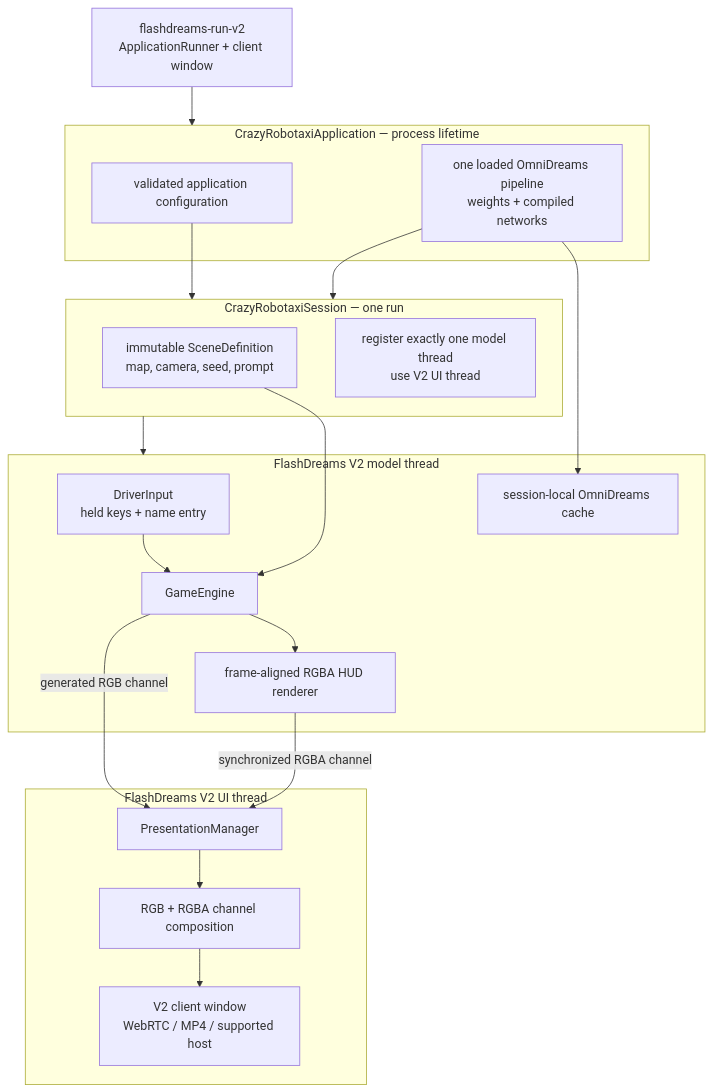
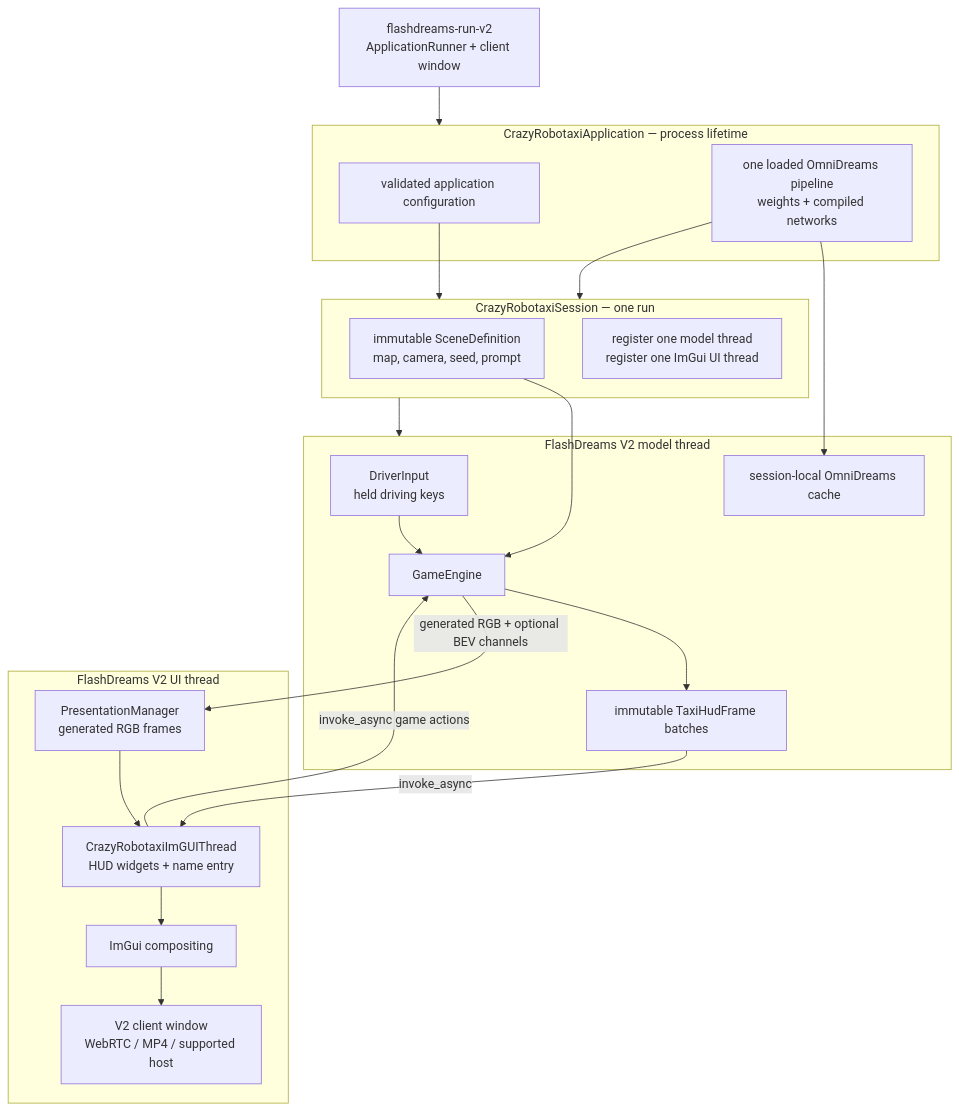
One commit to NVIDIA/flashdreams changed the first of 5 diagrams in docs/design/crazy_robotaxi_v2_architecture.md. Above: the diagram before and after it, drawn with Mermaid. The commit also changed other lines of this file and 15 other files, not shown here.

Commit message:
Move Crazy Robotaxi HUD to V2 ImGui UI

````diff
--- a/docs/design/crazy_robotaxi_v2_architecture.md
+++ b/docs/design/crazy_robotaxi_v2_architecture.md
@@ -29,39 +30,41 @@
 ```mermaid
 flowchart TD
     HOST["flashdreams-run-v2<br/>ApplicationRunner + client window"]
 
     subgraph APP["CrazyRobotaxiApplication — process lifetime"]
         ARGS["validated application configuration"]
         PIPELINE["one loaded OmniDreams pipeline<br/>weights + compiled networks"]
     end
 
     subgraph SESSION["CrazyRobotaxiSession — one run"]
         SCENE["immutable SceneDefinition<br/>map, camera, seed, prompt"]
-        REG["register exactly one model thread<br/>use V2 UI thread"]
+        REG["register one model thread<br/>register one ImGui UI thread"]
     end
 
     subgraph MODELTHREAD["FlashDreams V2 model thread"]
-        INPUT["DriverInput<br/>held keys + name entry"]
+        INPUT["DriverInput<br/>held driving keys"]
         ENGINE["GameEngine"]
         CACHE["session-local OmniDreams cache"]
-        HUD["frame-aligned RGBA HUD renderer"]
+        HUDSTATE["immutable TaxiHudFrame batches"]
     end
 
     subgraph UITHREAD["FlashDreams V2 UI thread"]
-        BUFFER["PresentationManager"]
-        COMPOSE["RGB + RGBA channel composition"]
+        BUFFER["PresentationManager<br/>generated RGB frames"]
+        HUD["CrazyRobotaxiImGUIThread<br/>HUD widgets + name entry"]
+        COMPOSE["ImGui compositing"]
         WINDOW["V2 client window<br/>WebRTC / MP4 / supported host"]
     end
 
     HOST --> APP
     ARGS --> SESSION
     PIPELINE --> SESSION
     SESSION --> MODELTHREAD
     SCENE --> ENGINE
     PIPELINE --> CACHE
     INPUT --> ENGINE
-    ENGINE --> HUD
-    ENGINE -->|"generated RGB channel"| BUFFER
-    HUD -->|"synchronized RGBA channel"| BUFFER
-    BUFFER --> COMPOSE --> WINDOW
+    ENGINE --> HUDSTATE
+    ENGINE -->|"generated RGB + optional BEV channels"| BUFFER
+    HUDSTATE -->|"invoke_async"| HUD
+    HUD -->|"invoke_async game actions"| ENGINE
+    BUFFER --> HUD --> COMPOSE --> WINDOW
 ```
````
